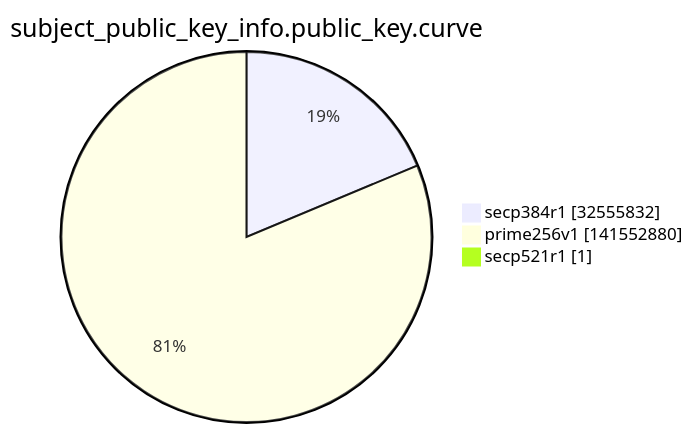
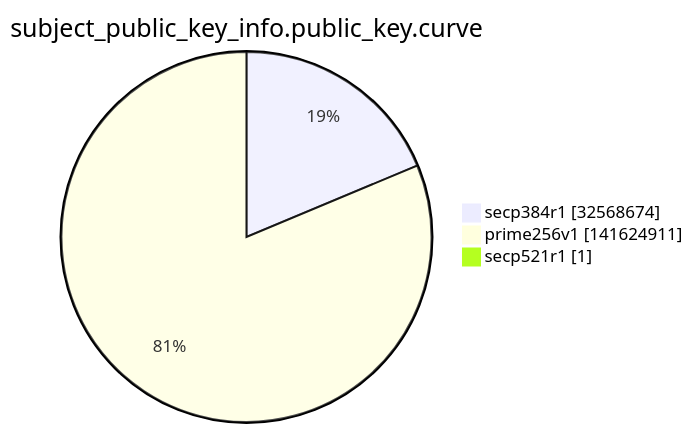
The ninth of 15 diagrams in argon2022/README.md (christiankrug/ctmonitor_visualization), drawn with Mermaid before and after one commit. The commit also changed other lines of this file, not shown here.

````diff
--- a/argon2022/README.md
+++ b/argon2022/README.md
@@ -2763,7 +2763,7 @@
 ```mermaid
 pie showData
 title subject_public_key_info.public_key.curve
-"secp384r1" :32555832
-"prime256v1" :141552880
+"secp384r1" :32568674
+"prime256v1" :141624911
 "secp521r1" :1
 ```
````
